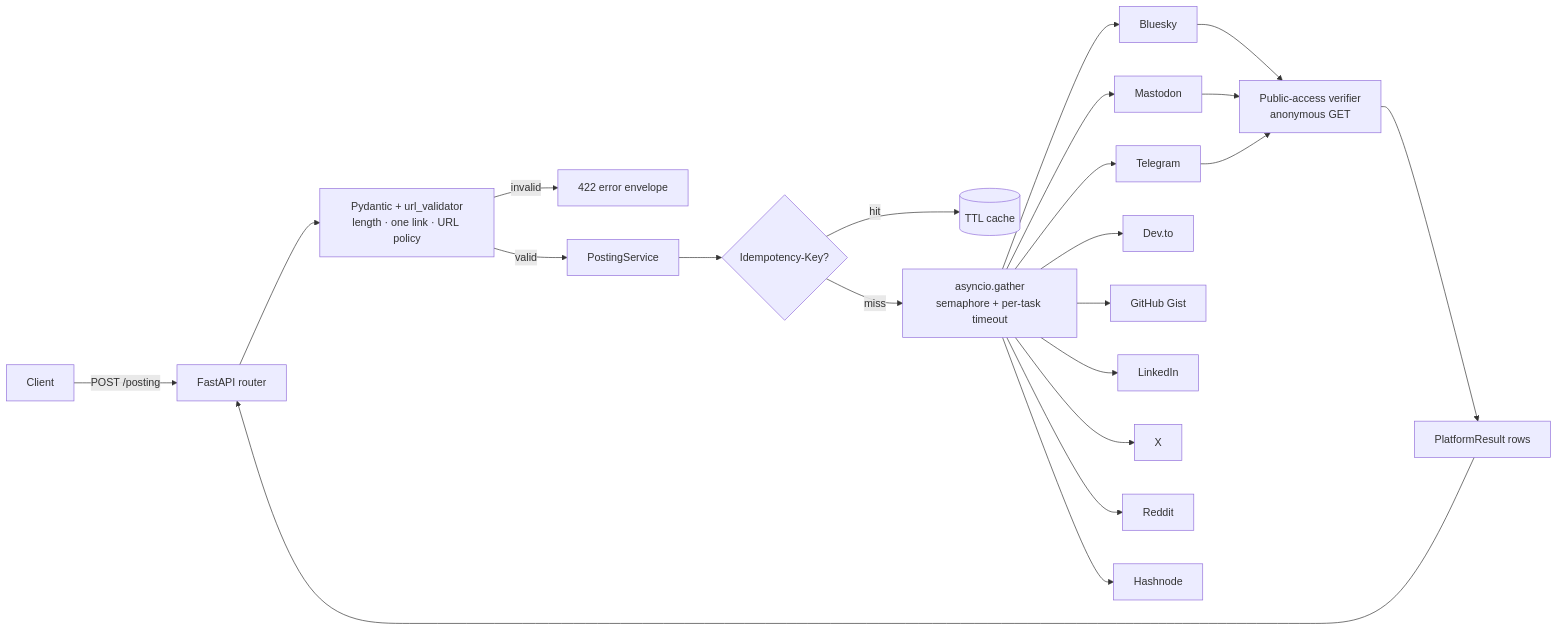
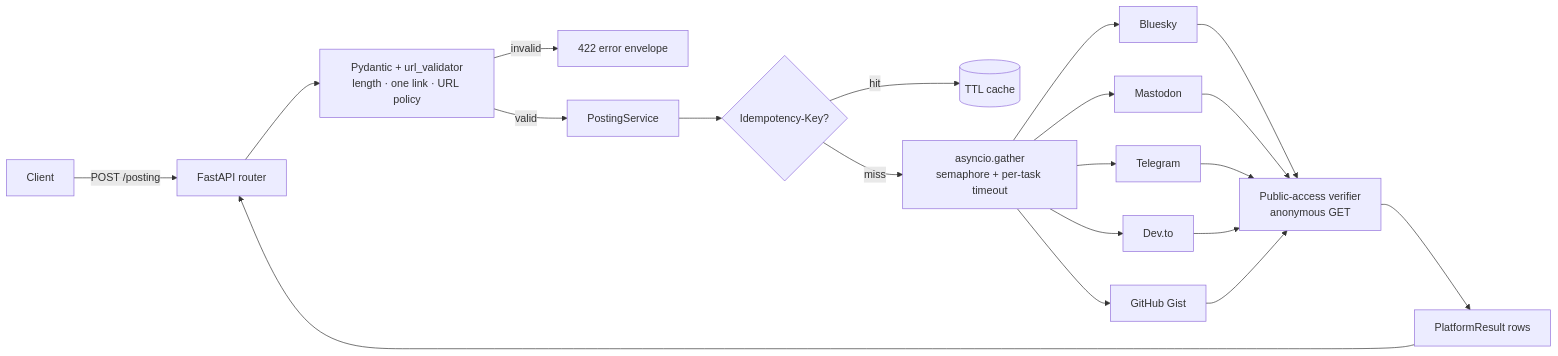
Before and after one commit to powerxranger/automated-multi-platform-posting: the diagram in README.md, drawn with Mermaid. The commit also changed other lines of this file and 19 other files, not shown here.

````diff
--- a/README.md
+++ b/README.md
@@ -69,24 +64,22 @@
 ```mermaid
 flowchart LR
     C[Client] -->|POST /posting| R[FastAPI router]
     R --> V[Pydantic + url_validator<br/>length · one link · URL policy]
     V -->|invalid| E[422 error envelope]
     V -->|valid| S[PostingService]
     S --> I{Idempotency-Key?}
     I -->|hit| Cache[(TTL cache)]
     I -->|miss| G[asyncio.gather<br/>semaphore + per-task timeout]
     G --> A1[Bluesky]
     G --> A2[Mastodon]
     G --> A3[Telegram]
     G --> A4[Dev.to]
     G --> A5[GitHub Gist]
-    G --> A6[LinkedIn]
-    G --> A7[X]
-    G --> A8[Reddit]
-    G --> A9[Hashnode]
     A1 --> P[Public-access verifier<br/>anonymous GET]
     A2 --> P
     A3 --> P
+    A4 --> P
+    A5 --> P
     P --> O[PlatformResult rows]
     O --> R
 ```
````
